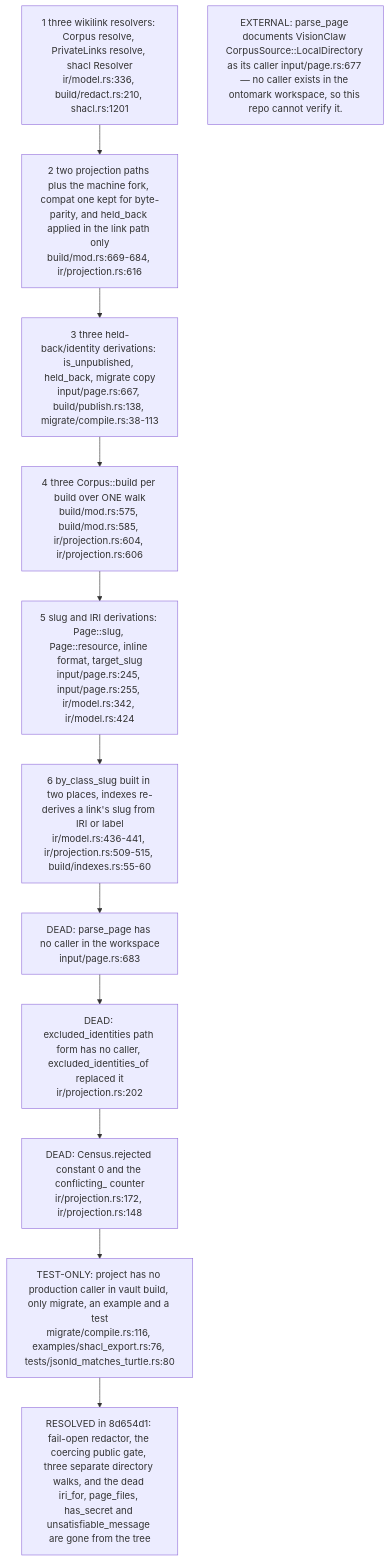
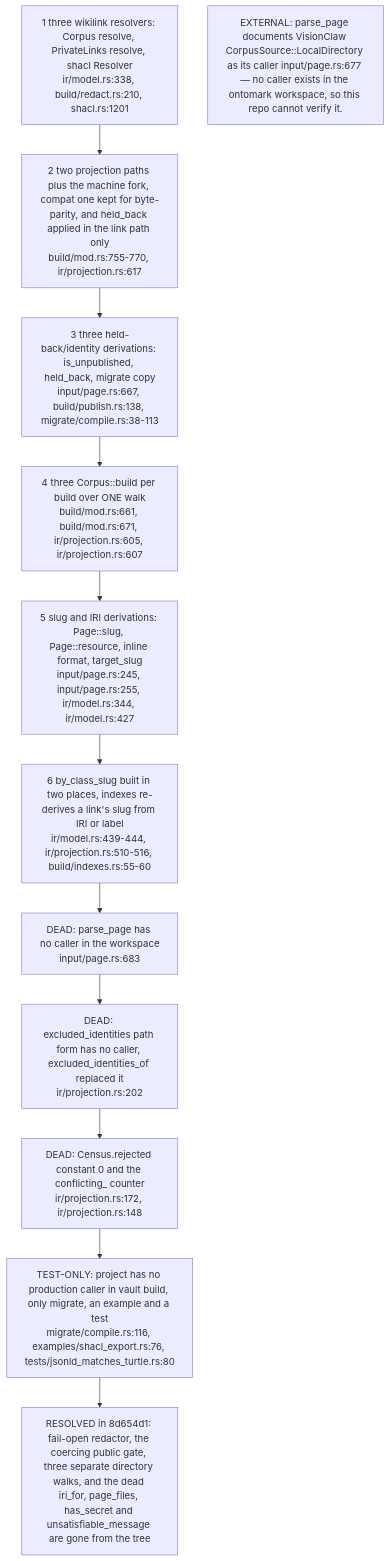
The sixth of 6 diagrams in docs/diagrams/ontomark/02-ir-corpus-projection-and-redaction.md (DreamLab-AI/VisionFlow), drawn with Mermaid before and after one commit. The commit also changed other lines of this file and 59 other files, not shown here.

First line of the commit message:
docs(diagrams): re-derive and re-stamp forum, website, pod, ontomark and sealmap topics

````diff
--- a/docs/diagrams/ontomark/02-ir-corpus-projection-and-redaction.md
+++ b/docs/diagrams/ontomark/02-ir-corpus-projection-and-redaction.md
@@ -207,18 +207,18 @@
 ```mermaid
 flowchart TD
-    R1["1 three wikilink resolvers: Corpus resolve, PrivateLinks resolve, shacl Resolver<br/>ir/model.rs:336, build/redact.rs:210, shacl.rs:1201"]
-    R2["2 two projection paths plus the machine fork, compat one kept for byte-parity, and held_back applied in the link path only<br/>build/mod.rs:669-684, ir/projection.rs:616"]
+    R1["1 three wikilink resolvers: Corpus resolve, PrivateLinks resolve, shacl Resolver<br/>ir/model.rs:338, build/redact.rs:210, shacl.rs:1201"]
+    R2["2 two projection paths plus the machine fork, compat one kept for byte-parity, and held_back applied in the link path only<br/>build/mod.rs:755-770, ir/projection.rs:617"]
     R3["3 three held-back/identity derivations: is_unpublished, held_back, migrate copy<br/>input/page.rs:667, build/publish.rs:138, migrate/compile.rs:38-113"]
-    R4["4 three Corpus::build per build over ONE walk<br/>build/mod.rs:575, build/mod.rs:585, ir/projection.rs:604, ir/projection.rs:606"]
-    R5["5 slug and IRI derivations: Page::slug, Page::resource, inline format, target_slug<br/>input/page.rs:245, input/page.rs:255, ir/model.rs:342, ir/model.rs:424"]
-    R6["6 by_class_slug built in two places, indexes re-derives a link's slug from IRI or label<br/>ir/model.rs:436-441, ir/projection.rs:509-515, build/indexes.rs:55-60"]
+    R4["4 three Corpus::build per build over ONE walk<br/>build/mod.rs:661, build/mod.rs:671, ir/projection.rs:605, ir/projection.rs:607"]
+    R5["5 slug and IRI derivations: Page::slug, Page::resource, inline format, target_slug<br/>input/page.rs:245, input/page.rs:255, ir/model.rs:344, ir/model.rs:427"]
+    R6["6 by_class_slug built in two places, indexes re-derives a link's slug from IRI or label<br/>ir/model.rs:439-444, ir/projection.rs:510-516, build/indexes.rs:55-60"]
     D1["DEAD: parse_page has no caller in the workspace<br/>input/page.rs:683"]
     D2["DEAD: excluded_identities path form has no caller, excluded_identities_of replaced it<br/>ir/projection.rs:202"]
     D3["DEAD: Census.rejected constant 0 and the conflicting_ counter<br/>ir/projection.rs:172, ir/projection.rs:148"]
     D4["TEST-ONLY: project has no production caller in vault build, only migrate, an example and a test<br/>migrate/compile.rs:116, examples/shacl_export.rs:76, tests/jsonld_matches_turtle.rs:80"]
     X1["RESOLVED in 8d654d1: fail-open redactor, the coercing public gate, three separate directory walks, and the dead iri_for, page_files, has_secret and unsatisfiable_message are gone from the tree"]
     n1["EXTERNAL: parse_page documents VisionClaw CorpusSource::LocalDirectory as its caller input/page.rs:677 — no caller exists in the ontomark workspace, so this repo cannot verify it."]
     R1 --> R2 --> R3 --> R4 --> R5 --> R6
     R6 --> D1 --> D2 --> D3 --> D4
     D4 --> X1
 ```
````
